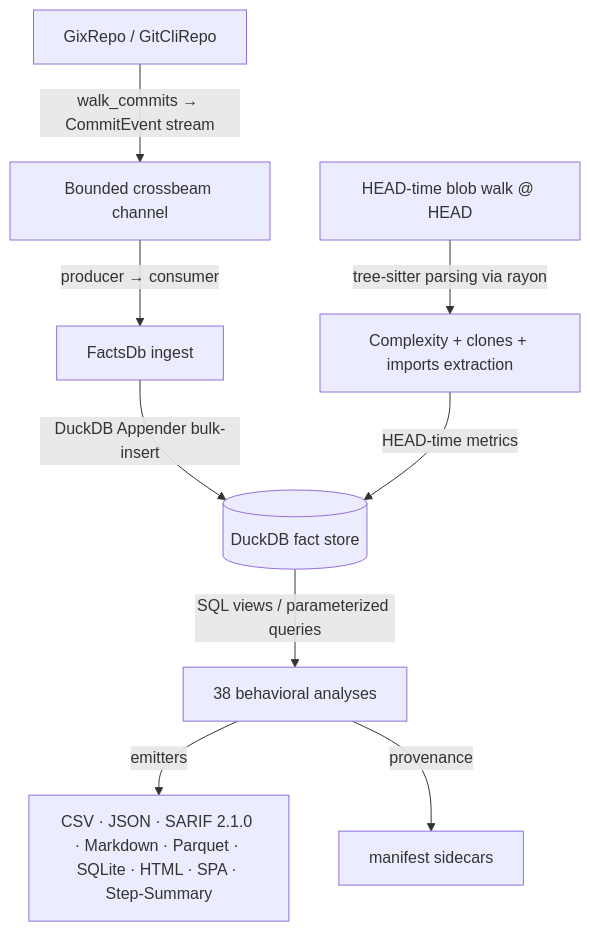
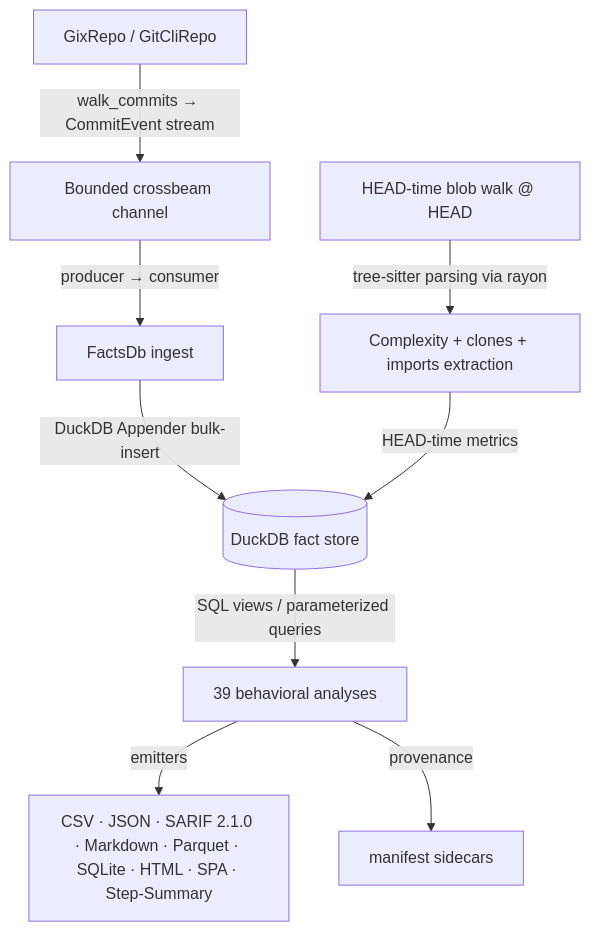
Before and after one commit to emrecdr/codelore: the diagram in docs/codebase_analysis.md, drawn with Mermaid. The commit also changed other lines of this file and 10 other files, not shown here.

````diff
--- a/docs/codebase_analysis.md
+++ b/docs/codebase_analysis.md
@@ -29,11 +29,11 @@
 ```mermaid
 graph TD
     A[GixRepo / GitCliRepo] -->|walk_commits → CommitEvent stream| B[Bounded crossbeam channel]
     B -->|producer → consumer| C[FactsDb ingest]
     C -->|DuckDB Appender bulk-insert| D[(DuckDB fact store)]
     E[HEAD-time blob walk @ HEAD] -->|tree-sitter parsing via rayon| F[Complexity + clones + imports extraction]
     F -->|HEAD-time metrics| D
-    D -->|SQL views / parameterized queries| G[38 behavioral analyses]
+    D -->|SQL views / parameterized queries| G[39 behavioral analyses]
     G -->|emitters| H[CSV · JSON · SARIF 2.1.0 · Markdown · Parquet · SQLite · HTML · SPA · Step-Summary]
     G -->|provenance| I[manifest sidecars]
 ```
````
